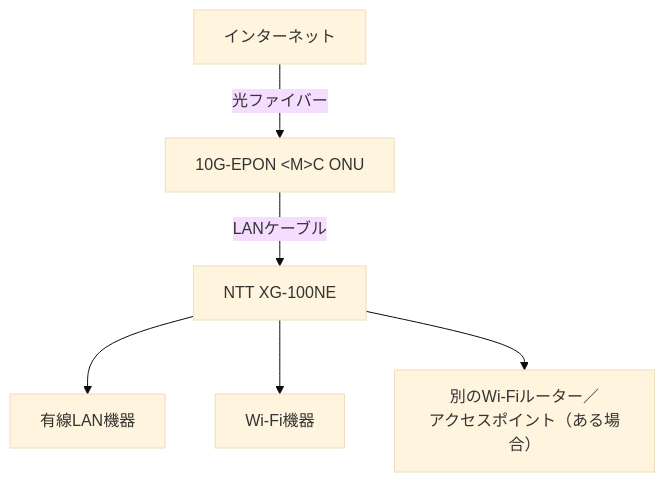
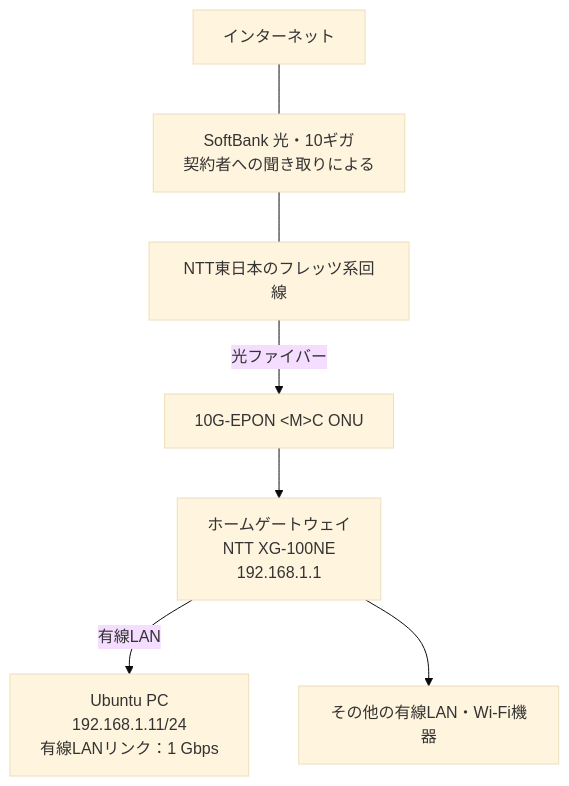
One commit to Sugitaku1020/study-log changed the diagram in network/home_network.md. Above: the diagram before and after it, drawn with Mermaid (base theme). The commit also changed other lines of this file, not shown here.

````diff
--- a/network/home_network.md
+++ b/network/home_network.md
@@ -12,15 +83,17 @@
 ```mermaid
 flowchart TD
     Internet["インターネット"]
+    Service["SoftBank 光・10ギガ<br>契約者への聞き取りによる"]
+    Line["NTT東日本のフレッツ系回線"]
     ONU["10G-EPON &lt;M&gt;C ONU"]
-    Router["NTT XG-100NE"]
-    Wired["有線LAN機器"]
-    WiFi["Wi-Fi機器"]
-    AP["別のWi-Fiルーター／<br>アクセスポイント（ある場合）"]
+    Router["ホームゲートウェイ<br>NTT XG-100NE<br>192.168.1.1"]
+    PC["Ubuntu PC<br>192.168.1.11/24<br>有線LANリンク：1 Gbps"]
+    Other["その他の有線LAN・Wi-Fi機器"]
 
-    Internet -->|"光ファイバー"| ONU
-    ONU -->|"LANケーブル"| Router
-    Router --> Wired
-    Router --> WiFi
-    Router --> AP
+    Internet --- Service
+    Service --- Line
+    Line -->|"光ファイバー"| ONU
+    ONU --> Router
+    Router -->|"有線LAN"| PC
+    Router --> Other
 ```
````
